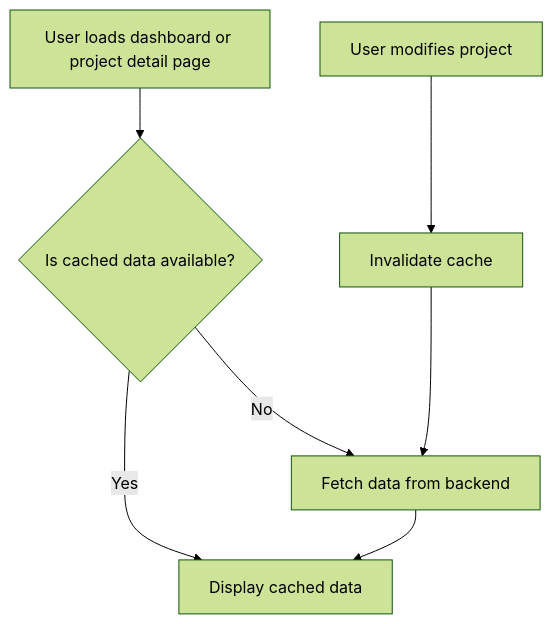
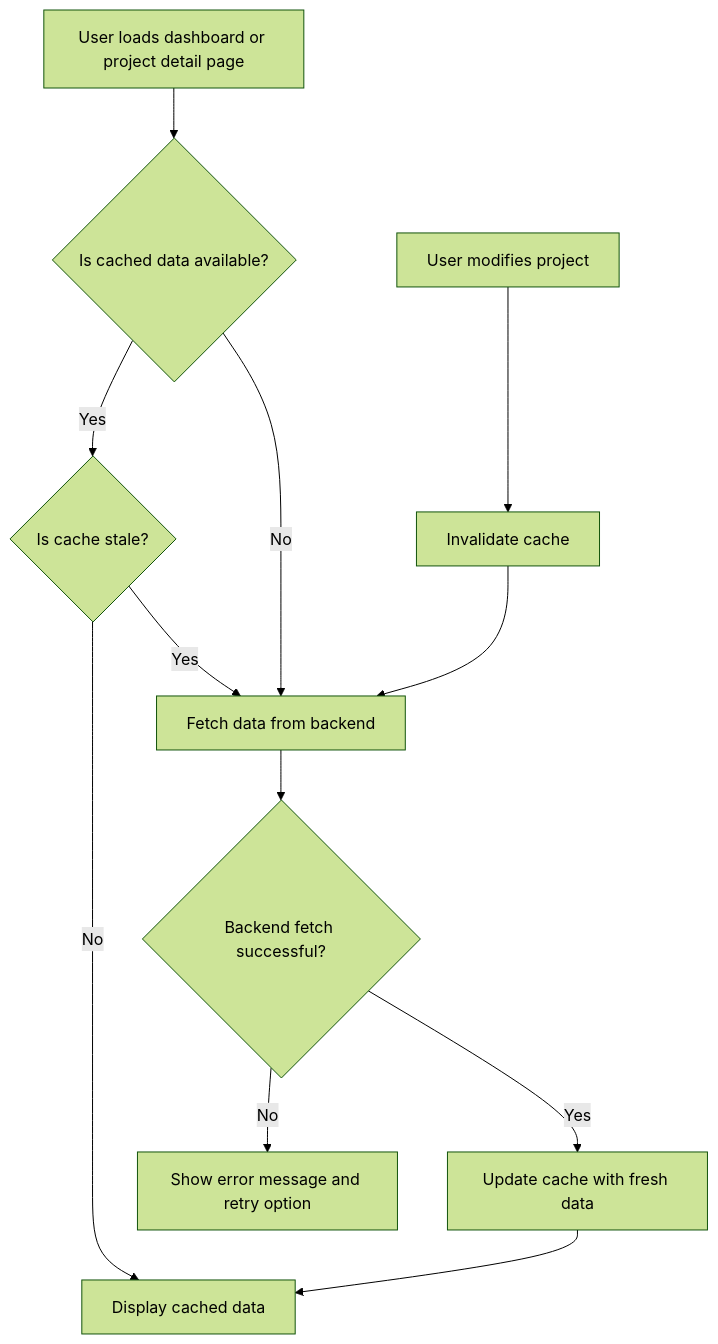
The fifth of 5 diagrams in README.md (MetaU-Capstone-Solomon/project-planner), drawn with Mermaid (forest theme) before and after one commit. The commit also changed other lines of this file, not shown here.

Commit message:
flowchart: enhance stretch goal flowcharts with validation, error handling, and user feedback

````diff
--- a/README.md
+++ b/README.md
@@ -225,9 +235,14 @@
 ```mermaid
 flowchart TD
   A["User loads dashboard or project detail page"] --> B{"Is cached data available?"}
-  B -- "Yes" --> C["Display cached data"]
+  B -- "Yes" --> C{"Is cache stale?"}
   B -- "No" --> D["Fetch data from backend"]
-  D --> C
-  E["User modifies project"] --> F["Invalidate cache"]
-  F --> D
+  C -- "No" --> E["Display cached data"]
+  C -- "Yes" --> D
+  D --> F{"Backend fetch successful?"}
+  F -- "No" --> G["Show error message and retry option"]
+  F -- "Yes" --> H["Update cache with fresh data"]
+  H --> E
+  I["User modifies project"] --> J["Invalidate cache"]
+  J --> D
 ```
````
